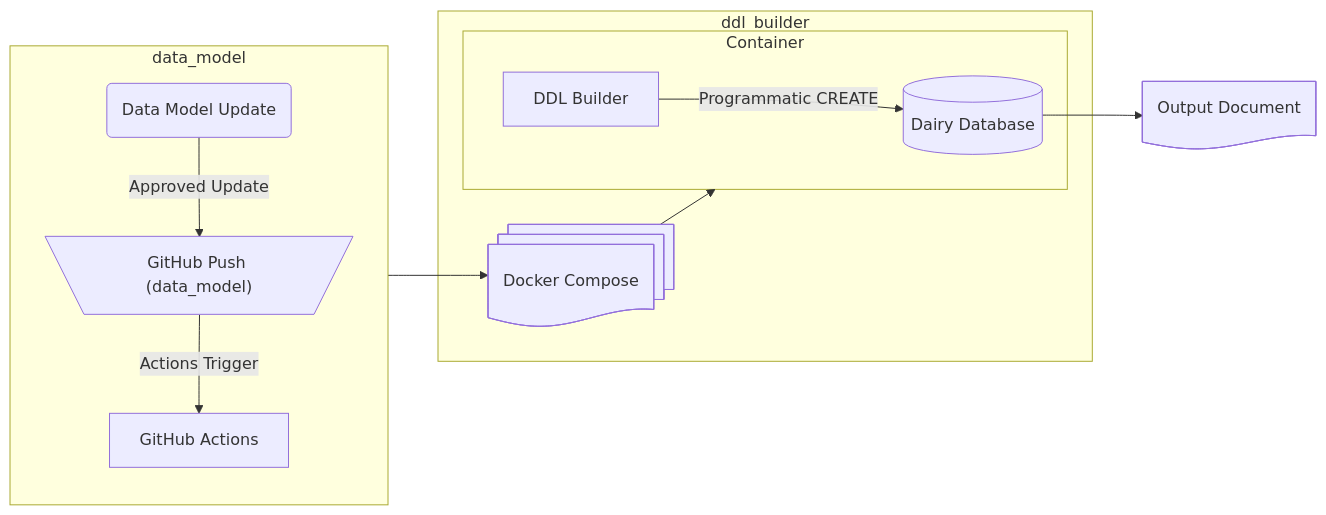
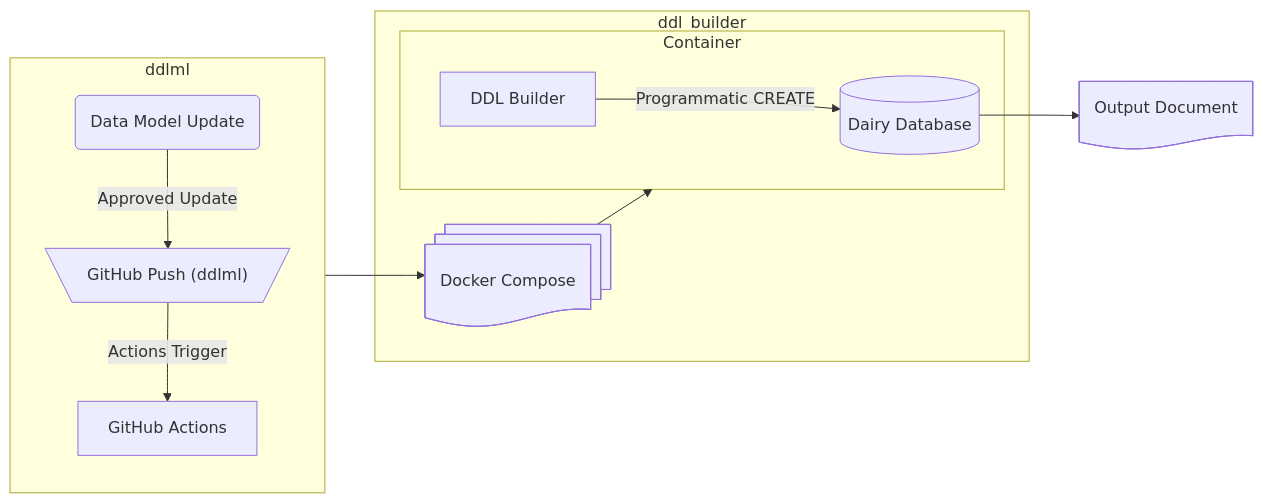
One commit to UBC-DERC/ddl_builder changed the first of 2 diagrams in README.md. Above: the diagram before and after it, drawn with Mermaid. The commit also changed other lines of this file and 12 other files, not shown here.

First line of the commit message:
Fixing the naming of the data_model module

````diff
--- a/README.md
+++ b/README.md
@@ -24,26 +24,26 @@
 ```mermaid
 flowchart LR
     output@{ shape: doc, label: "Output Document" }
-    subgraph data_model
+    subgraph ddlml
         direction TB
         modelupdate@{ shape: rounded, label: "Data Model Update" }
-        ghPush@{ shape: trap-t, label: "GitHub Push (data_model)" }
+        ghPush@{ shape: trap-t, label: "GitHub Push (ddlml)" }
         ghActions@{ shape: process, label: "GitHub Actions"}
 
         modelupdate --"Approved Update" --> ghPush
         ghPush --"Actions Trigger"--> ghActions
     end
     subgraph ddl_builder
         docker@{ shape: docs, label: "Docker Compose" }
         subgraph Container
         d3db@{ shape: cyl, label: "Dairy Database" }
         ddlPy@{ shape: process, label: "DDL Builder" }
         end
     end
 
     ghActions --> docker
     docker --> Container
     ddlPy --"Programmatic CREATE"--> d3db
     d3db --> output
 
 ```
````
